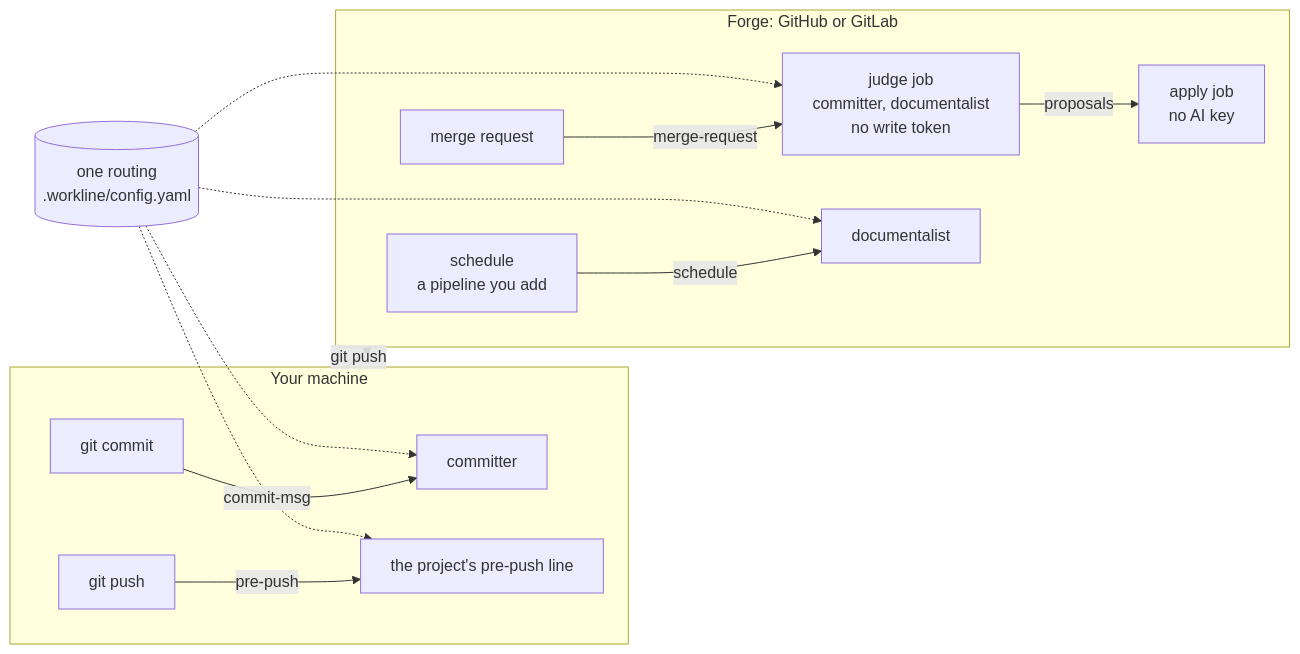
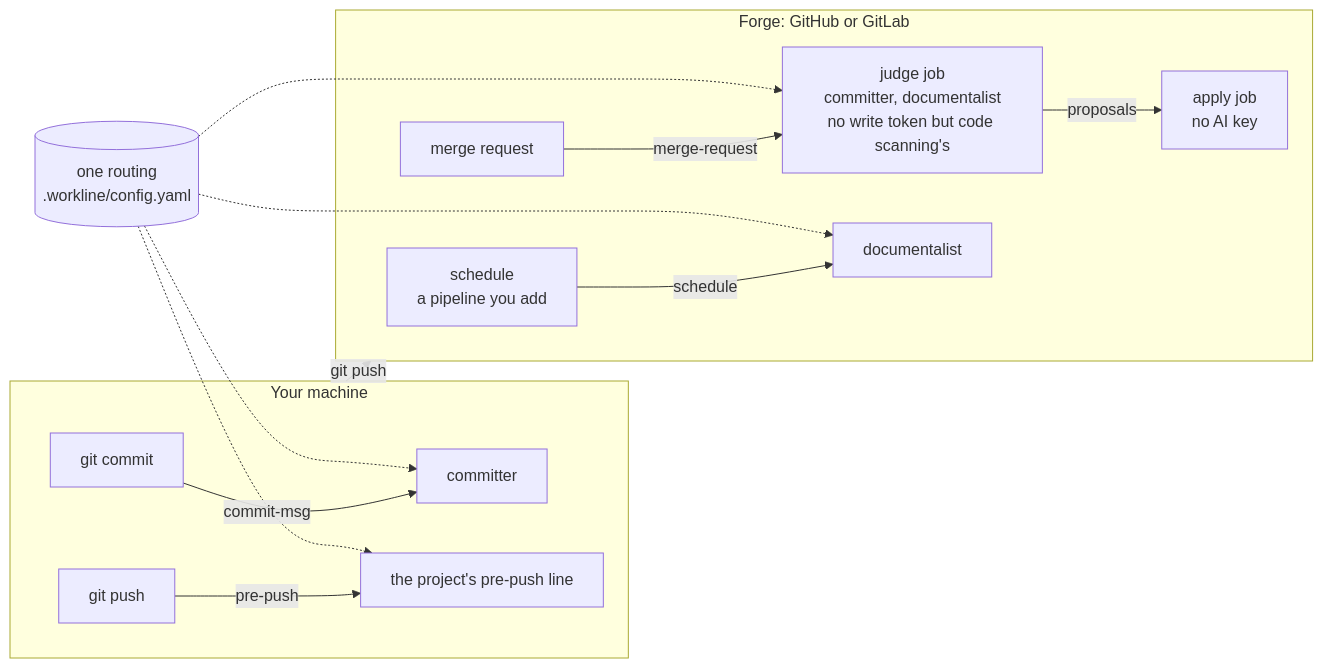
One commit to JN0V/workline changed the diagram in README.md. Above: the diagram before and after it, drawn with Mermaid. The commit also changed other lines of this file and 3 other files, not shown here.

````diff
--- a/README.md
+++ b/README.md
@@ -127,18 +132,18 @@
 ```mermaid
 flowchart LR
   routing[("one routing<br/>.workline/config.yaml")]
   subgraph machine["Your machine"]
     commit["git commit"] -- commit-msg --> committer1["committer"]
     push["git push"] -- pre-push --> local["the project's pre-push line"]
   end
   subgraph forge["Forge: GitHub or GitLab"]
-    mr["merge request"] -- merge-request --> judge["judge job<br/>committer, documentalist<br/>no write token"]
+    mr["merge request"] -- merge-request --> judge["judge job<br/>committer, documentalist<br/>no write token but code scanning's"]
     judge -- proposals --> apply["apply job<br/>no AI key"]
     schedule["schedule<br/>a pipeline you add"] -- schedule --> documentalist["documentalist"]
   end
   machine -- git push --> forge
   routing -.-> committer1
   routing -.-> local
   routing -.-> judge
   routing -.-> documentalist
 ```
````
